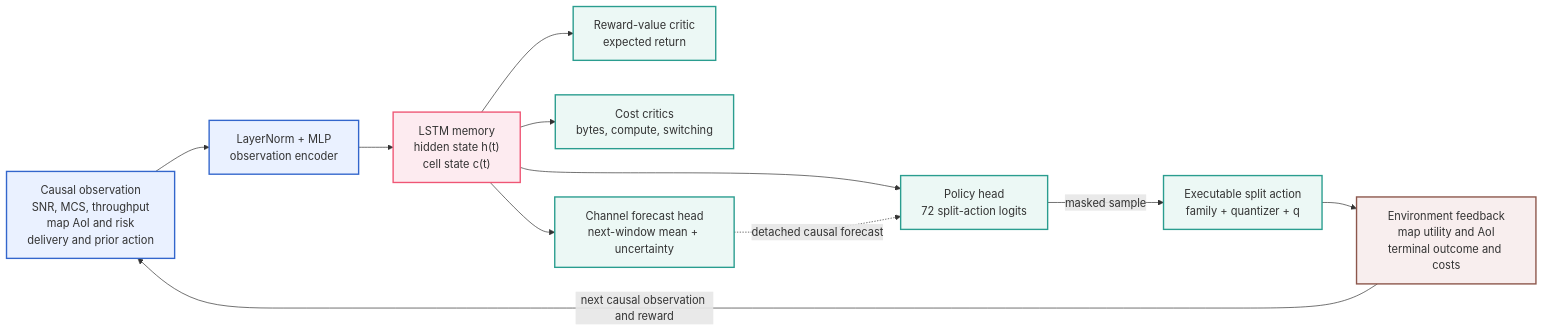
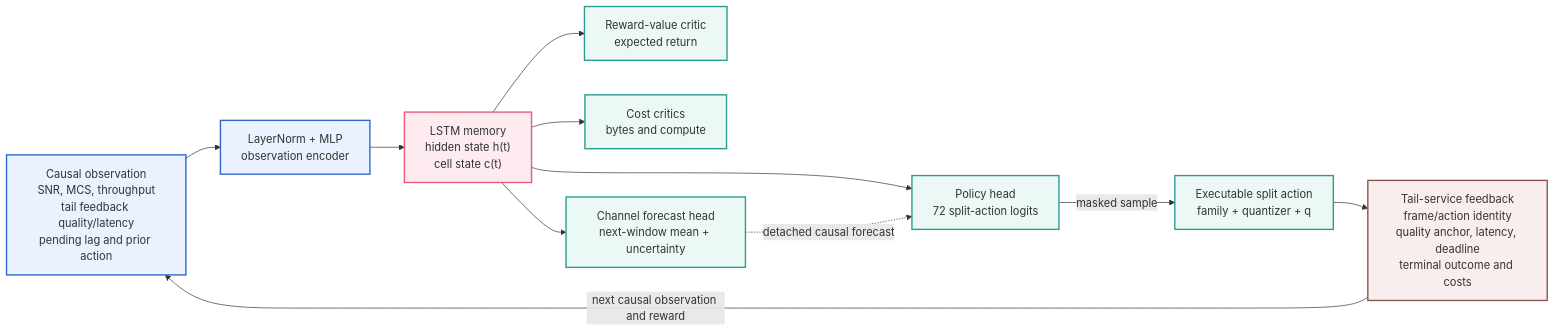
The diagram in rl_agent/rl_policy_study_v1/AGENT_ARCHITECTURE_V1.md (man-of-mind/SceneSense-Abiodun), drawn with Mermaid before and after one commit. The commit also changed other lines of this file and 16 other files, not shown here.

Commit message:
Define causal tail-feedback PPO contract

````diff
--- a/rl_agent/rl_policy_study_v1/AGENT_ARCHITECTURE_V1.md
+++ b/rl_agent/rl_policy_study_v1/AGENT_ARCHITECTURE_V1.md
@@ -77,29 +85,29 @@
 ```mermaid
 flowchart LR
-    OBS["Causal observation<br/>SNR, MCS, throughput<br/>map AoI and risk<br/>delivery and prior action"]
+    OBS["Causal observation<br/>SNR, MCS, throughput<br/>tail feedback quality/latency<br/>pending lag and prior action"]
     ENC["LayerNorm + MLP<br/>observation encoder"]
     LSTM["LSTM memory<br/>hidden state h(t)<br/>cell state c(t)"]
     POLICY["Policy head<br/>72 split-action logits"]
     VALUE["Reward-value critic<br/>expected return"]
-    COST["Cost critics<br/>bytes, compute, switching"]
+    COST["Cost critics<br/>bytes and compute"]
     FORECAST["Channel forecast head<br/>next-window mean + uncertainty"]
     ACTION["Executable split action<br/>family + quantizer + q"]
-    ENV["Environment feedback<br/>map utility and AoI<br/>terminal outcome and costs"]
+    ENV["Tail-service feedback<br/>frame/action identity<br/>quality anchor, latency, deadline<br/>terminal outcome and costs"]
 
     OBS --> ENC --> LSTM
     LSTM --> POLICY -->|masked sample| ACTION --> ENV
     LSTM --> VALUE
     LSTM --> COST
     LSTM --> FORECAST
     FORECAST -.->|detached causal forecast| POLICY
     ENV -->|next causal observation and reward| OBS
 
     classDef observation fill:#eaf1ff,stroke:#3366cc,stroke-width:2px;
     classDef memory fill:#fdebf0,stroke:#ef5675,stroke-width:2px;
     classDef head fill:#ecf8f5,stroke:#2a9d8f,stroke-width:2px;
     classDef environment fill:#f8eeee,stroke:#8c564b,stroke-width:2px;
     class OBS,ENC observation;
     class LSTM memory;
     class POLICY,VALUE,COST,FORECAST,ACTION head;
     class ENV environment;
 ```
````
